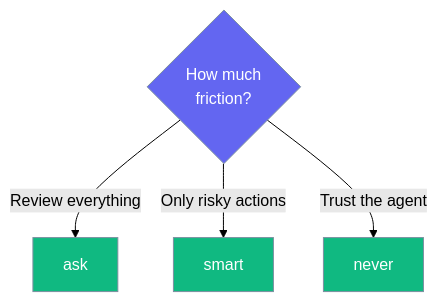
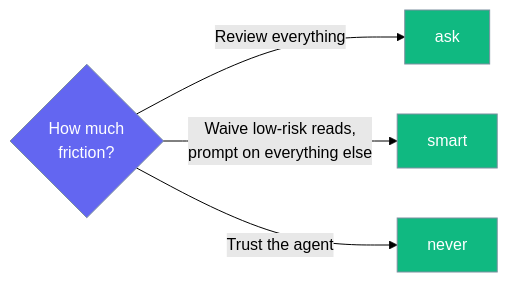
One commit to MervinPraison/PraisonAIDocs changed the fourth of 4 diagrams in docs/features/desktop/approvals.mdx. Above: the diagram before and after it, drawn with Mermaid (forest theme). The commit also changed other lines of this file and 1 other file, not shown here.

Commit message:
docs(desktop/approvals): document smart mode allowlist and per-tool risk classes (fixes #3730)

````diff
--- a/docs/features/desktop/approvals.mdx
+++ b/docs/features/desktop/approvals.mdx
@@ -147,12 +164,12 @@
 ```mermaid
-graph TB
+graph LR
     Start{How much<br/>friction?} -->|Review everything| Ask[ask]
-    Start -->|Only risky actions| Smart[smart]
+    Start -->|Waive low-risk reads,<br/>prompt on everything else| Smart[smart]
     Start -->|Trust the agent| Never[never]
 
     classDef q fill:#6366F1,stroke:#7C90A0,color:#fff
     classDef opt fill:#10B981,stroke:#7C90A0,color:#fff
 
     class Start q
     class Ask,Smart,Never opt
 ```
````
